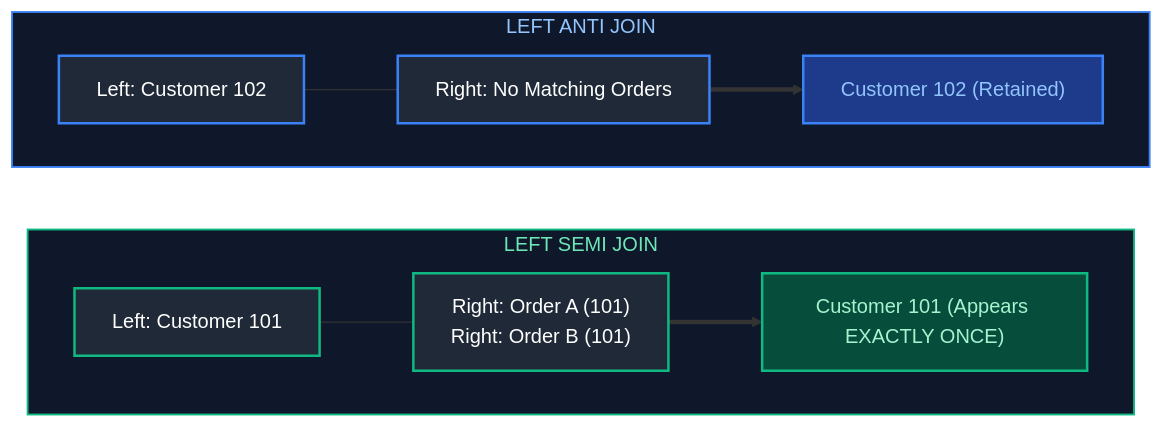
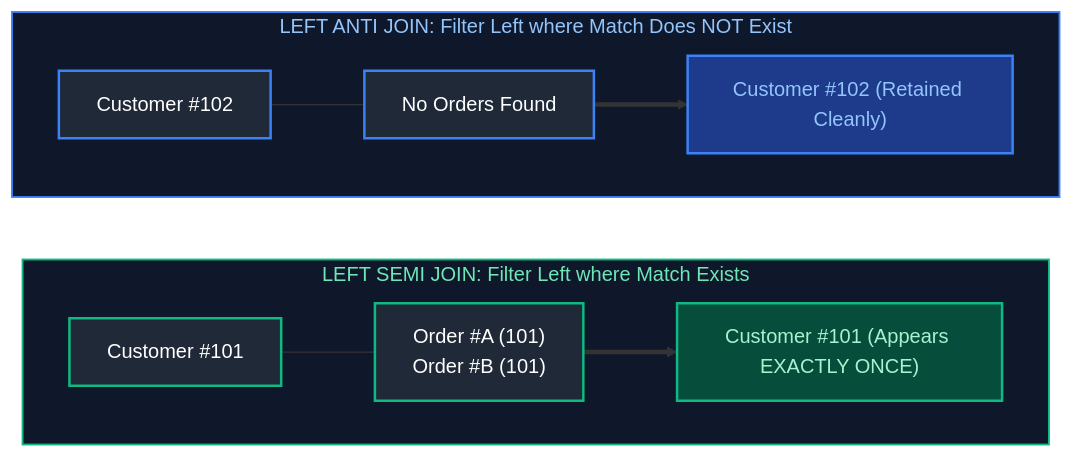
One commit to joydeep-biswas/Interview-Preparation changed the second of 12 diagrams in Data Engineering/02_advanced_sql.md. Above: the diagram before and after it, drawn with Mermaid. The commit also changed other lines of this file and 143 other files, not shown here.

````diff
--- a/Data Engineering/02_advanced_sql.md
+++ b/Data Engineering/02_advanced_sql.md
@@ -91,21 +126,22 @@
 ```mermaid
 flowchart LR
-    subgraph SemiJoin ["LEFT SEMI JOIN"]
+    subgraph SemiJoin ["LEFT SEMI JOIN: Filter Left where Match Exists"]
         direction LR
-        L1["Left: Customer 101"] --- R1["Right: Order A (101)<br/>Right: Order B (101)"] ==> SJ["Customer 101 (Appears EXACTLY ONCE)"]
+        L1["Customer #101"] --- R1["Order #A (101)<br/>Order #B (101)"] ==> SJ["Customer #101 (Appears EXACTLY ONCE)"]
     end
-    subgraph AntiJoin ["LEFT ANTI JOIN"]
+
+    subgraph AntiJoin ["LEFT ANTI JOIN: Filter Left where Match Does NOT Exist"]
         direction LR
-        L2["Left: Customer 102"] --- R2["Right: No Matching Orders"] ==> AJ["Customer 102 (Retained)"]
+        L2["Customer #102"] --- R2["No Orders Found"] ==> AJ["Customer #102 (Retained Cleanly)"]
     end
 
     style SemiJoin fill:#0f172a,stroke:#10b981,stroke-width:1.5px,color:#6ee7b7
     style AntiJoin fill:#0f172a,stroke:#3b82f6,stroke-width:1.5px,color:#93c5fd
 
     style L1 fill:#1f2937,stroke:#10b981,stroke-width:2px,color:#fff
     style R1 fill:#1f2937,stroke:#10b981,stroke-width:2px,color:#fff
     style SJ fill:#064e3b,stroke:#10b981,stroke-width:2px,color:#a7f3d0
     style L2 fill:#1f2937,stroke:#3b82f6,stroke-width:2px,color:#fff
     style R2 fill:#1f2937,stroke:#3b82f6,stroke-width:2px,color:#fff
     style AJ fill:#1e3a8a,stroke:#3b82f6,stroke-width:2px,color:#93c5fd
 ```
````
